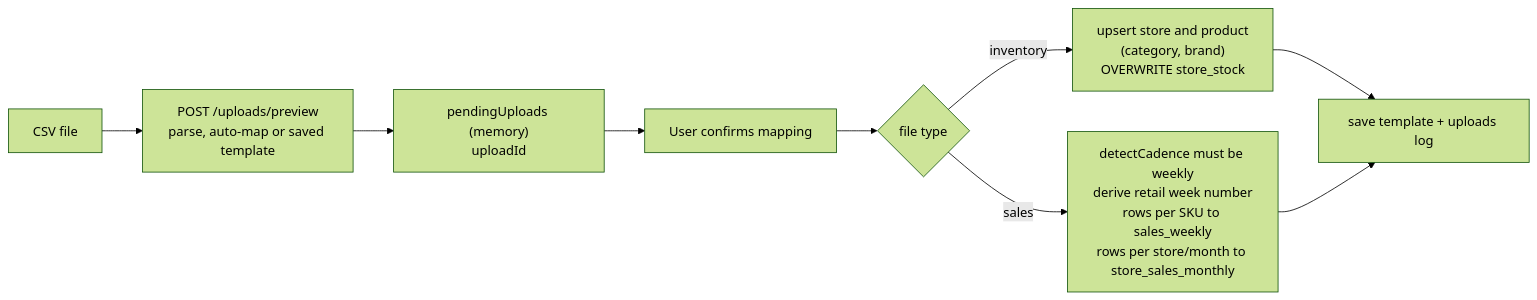
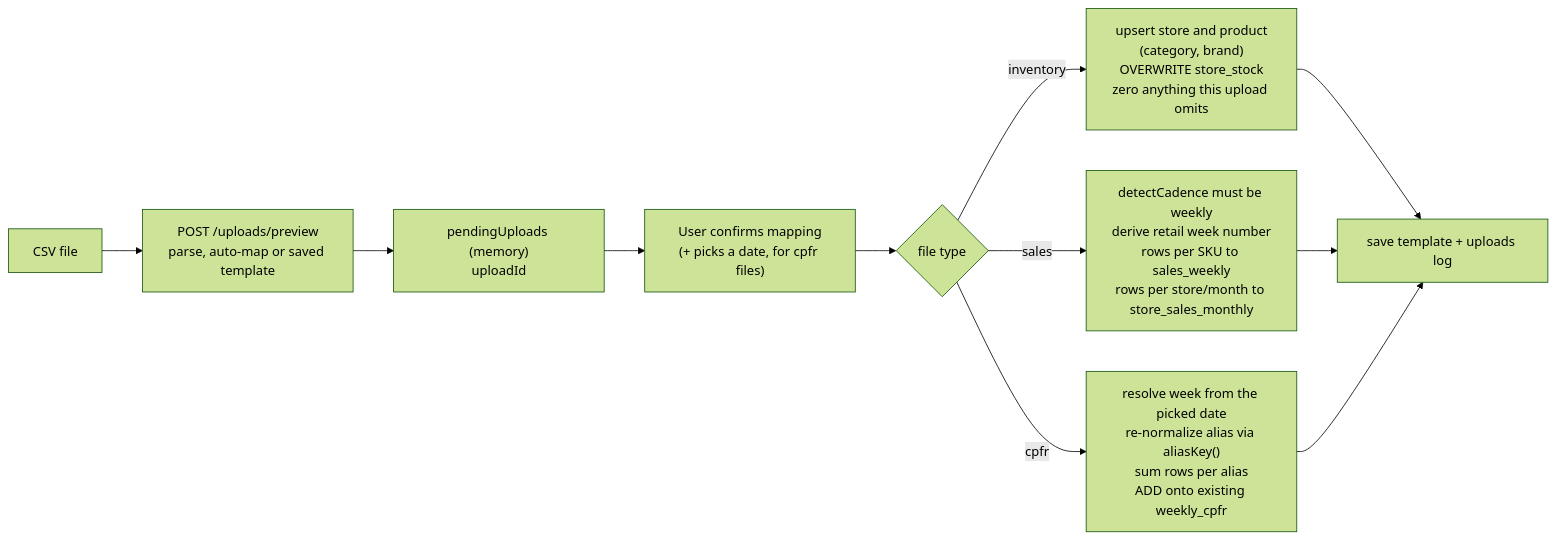
One commit to phonevilleofficial2025/stock-predictor changed the third of 5 diagrams in docs/DATAFLOW.md. Above: the diagram before and after it, drawn with Mermaid (forest theme). The commit also changed other lines of this file and 4 other files, not shown here.

First line of the commit message:
Update docs to match the alias-based CPFR spreadsheet revision

````diff
--- a/docs/DATAFLOW.md
+++ b/docs/DATAFLOW.md
@@ -48,11 +60,13 @@
 ```mermaid
 flowchart LR
   A["CSV file"] --> B["POST /uploads/preview<br/>parse, auto-map or saved template"]
   B --> C["pendingUploads (memory)<br/>uploadId"]
-  C --> D["User confirms mapping"]
+  C --> D["User confirms mapping<br/>(+ picks a date, for cpfr files)"]
   D --> E{"file type"}
-  E -- inventory --> F["upsert store and product<br/>(category, brand)<br/>OVERWRITE store_stock"]
+  E -- inventory --> F["upsert store and product<br/>(category, brand)<br/>OVERWRITE store_stock<br/>zero anything this upload omits"]
   E -- sales --> G["detectCadence must be weekly<br/>derive retail week number<br/>rows per SKU to sales_weekly<br/>rows per store/month to store_sales_monthly"]
+  E -- cpfr --> H2["resolve week from the picked date<br/>re-normalize alias via aliasKey()<br/>sum rows per alias<br/>ADD onto existing weekly_cpfr"]
   F --> H["save template + uploads log"]
   G --> H
+  H2 --> H
 ```
````
